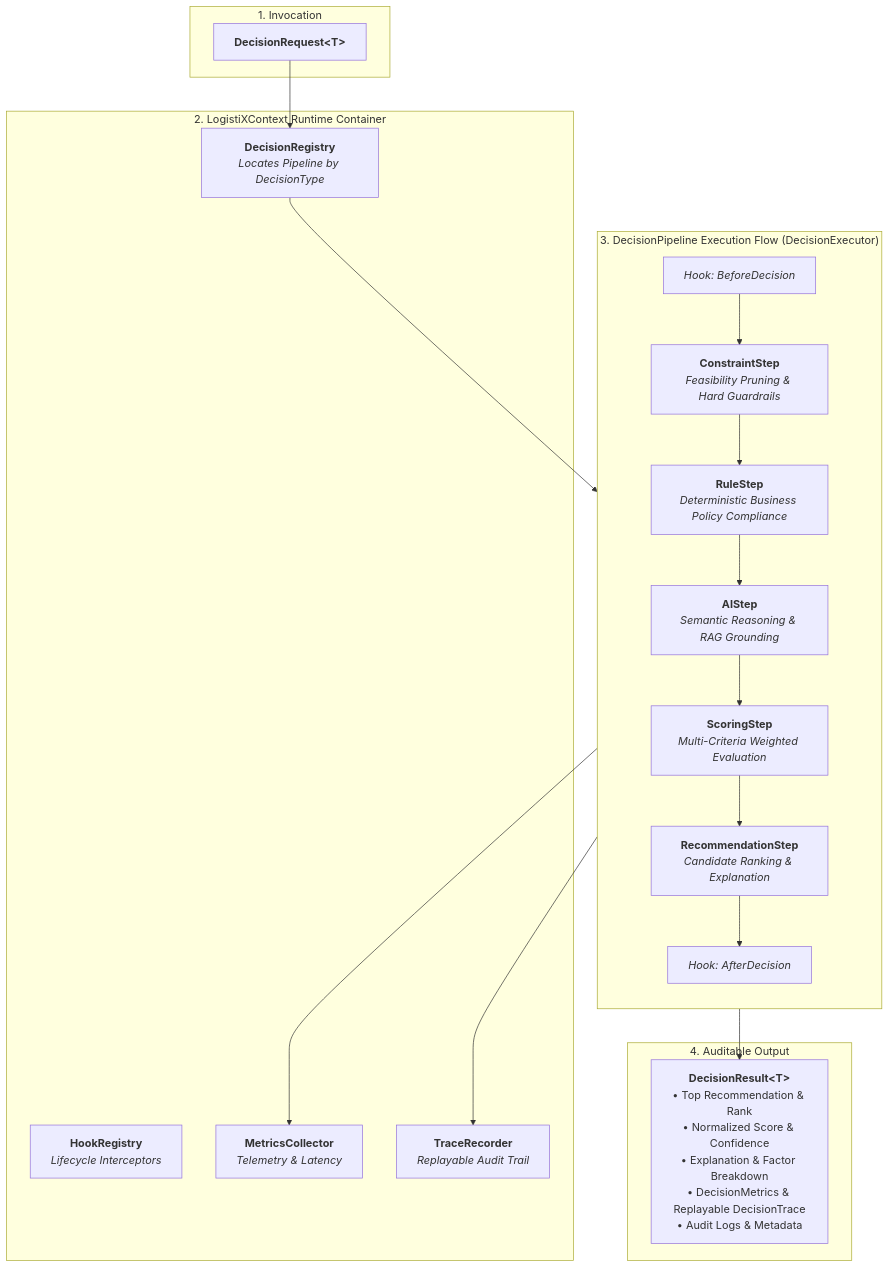
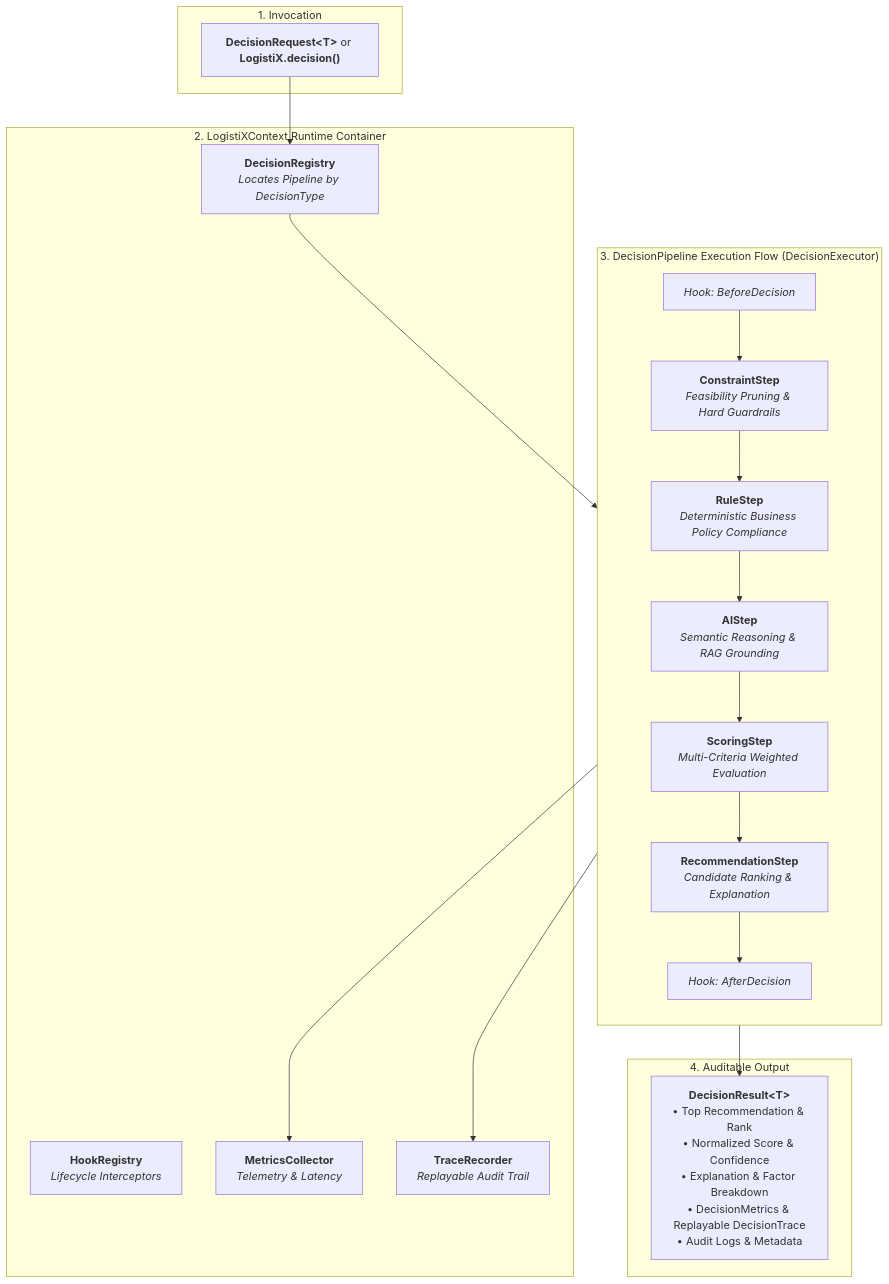
One commit to venukommu/LogistiX changed the diagram in README.md. Above: the diagram before and after it, drawn with Mermaid. The commit also changed other lines of this file and 41 other files, not shown here.

First line of the commit message:
feat(dx): architect logistix-dsl, public LogistiX entry point, and Spring Boot Starter

````diff
--- a/README.md
+++ b/README.md
@@ -55,43 +132,43 @@
 ```mermaid
 flowchart TD
     subgraph Client ["1. Invocation"]
-        REQ["<b>DecisionRequest&lt;T&gt;</b>"]
+        REQ["<b>DecisionRequest&lt;T&gt;</b> or <b>LogistiX.decision()</b>"]
     end
 
     subgraph Container ["2. LogistiXContext Runtime Container"]
         REG["<b>DecisionRegistry</b><br/><i>Locates Pipeline by DecisionType</i>"]
         HOOKS["<b>HookRegistry</b><br/><i>Lifecycle Interceptors</i>"]
         METRICS["<b>MetricsCollector</b><br/><i>Telemetry & Latency</i>"]
         TRACE["<b>TraceRecorder</b><br/><i>Replayable Audit Trail</i>"]
     end
 
     subgraph Pipeline ["3. DecisionPipeline Execution Flow (DecisionExecutor)"]
         direction TB
         H_BEFORE["<i>Hook: BeforeDecision</i>"]
         
         STEP1["<b>ConstraintStep</b><br/><i>Feasibility Pruning & Hard Guardrails</i>"]
         STEP2["<b>RuleStep</b><br/><i>Deterministic Business Policy Compliance</i>"]
         STEP3["<b>AIStep</b><br/><i>Semantic Reasoning & RAG Grounding</i>"]
         STEP4["<b>ScoringStep</b><br/><i>Multi-Criteria Weighted Evaluation</i>"]
         STEP5["<b>RecommendationStep</b><br/><i>Candidate Ranking & Explanation</i>"]
         
         H_AFTER["<i>Hook: AfterDecision</i>"]
         
         H_BEFORE --> STEP1
         STEP1 --> STEP2
         STEP2 --> STEP3
         STEP3 --> STEP4
         STEP4 --> STEP5
         STEP5 --> H_AFTER
     end
 
     subgraph Output ["4. Auditable Output"]
         RES["<b>DecisionResult&lt;T&gt;</b><br/>• Top Recommendation & Rank<br/>• Normalized Score & Confidence<br/>• Explanation & Factor Breakdown<br/>• DecisionMetrics & Replayable DecisionTrace<br/>• Audit Logs & Metadata"]
     end
 
     REQ --> REG
     REG --> Pipeline
     Pipeline --> METRICS
     Pipeline --> TRACE
     Pipeline --> RES
 ```
````
